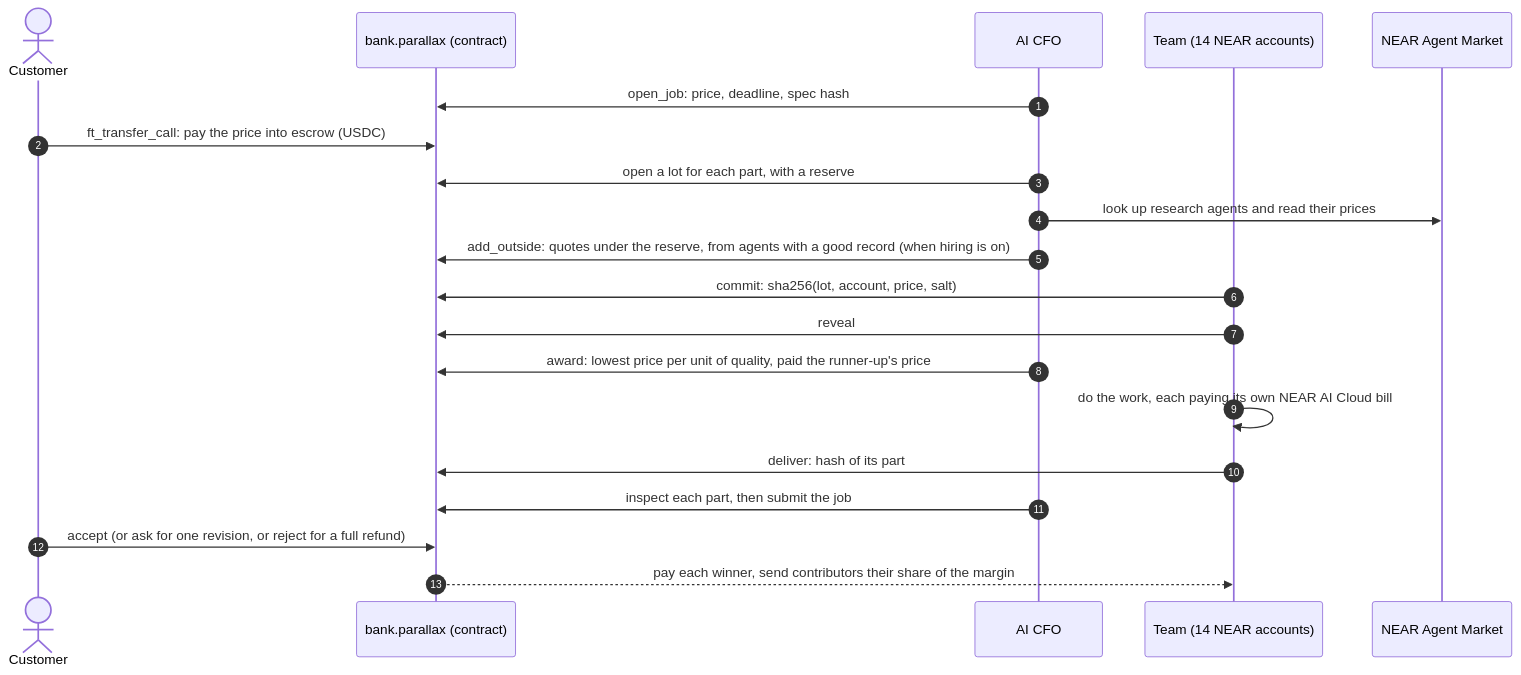
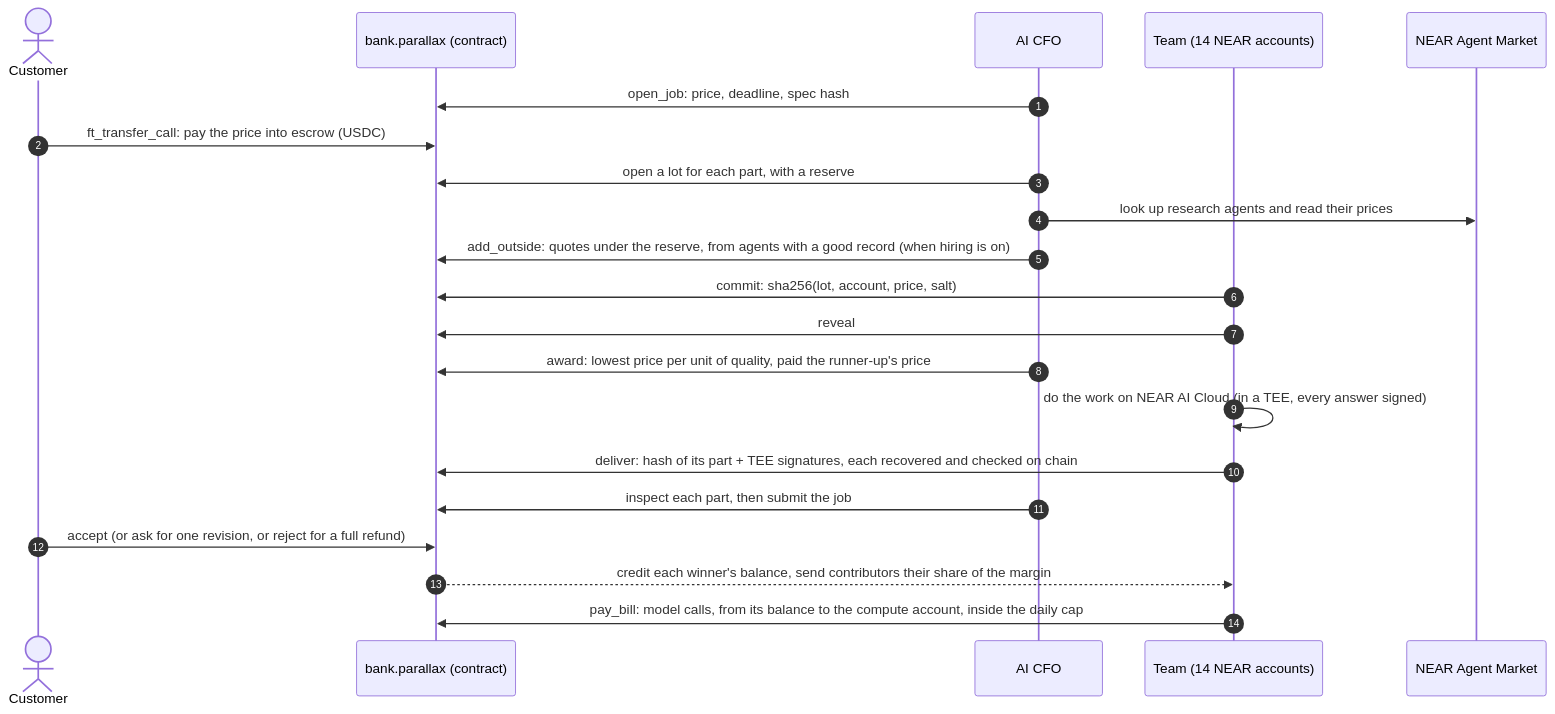
One commit to neromtoobad/parallax changed the diagram in README.md. Above: the diagram before and after it, drawn with Mermaid. The commit also changed other lines of this file and 28 other files, not shown here.

First line of the commit message:
TEE-signed work, bank balances instead of full-access agent keys, daily model cap

````diff
--- a/README.md
+++ b/README.md
@@ -71,22 +71,23 @@
 ```mermaid
 sequenceDiagram
     autonumber
     actor C as Customer
     participant B as bank.parallax (contract)
     participant F as AI CFO
     participant T as Team (14 NEAR accounts)
     participant M as NEAR Agent Market
     F->>B: open_job: price, deadline, spec hash
     C->>B: ft_transfer_call: pay the price into escrow (USDC)
     F->>B: open a lot for each part, with a reserve
     F->>M: look up research agents and read their prices
     F->>B: add_outside: quotes under the reserve, from agents with a good record (when hiring is on)
     T->>B: commit: sha256(lot, account, price, salt)
     T->>B: reveal
     F->>B: award: lowest price per unit of quality, paid the runner-up's price
-    T->>T: do the work, each paying its own NEAR AI Cloud bill
-    T->>B: deliver: hash of its part
+    T->>T: do the work on NEAR AI Cloud (in a TEE, every answer signed)
+    T->>B: deliver: hash of its part + TEE signatures, each recovered and checked on chain
     F->>B: inspect each part, then submit the job
     C->>B: accept (or ask for one revision, or reject for a full refund)
-    B-->>T: pay each winner, send contributors their share of the margin
+    B-->>T: credit each winner's balance, send contributors their share of the margin
+    T->>B: pay_bill: model calls, from its balance to the compute account, inside the daily cap
 ```
````
